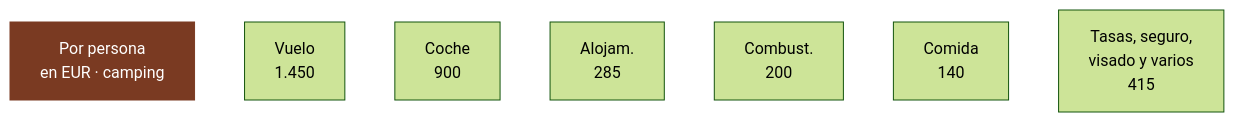
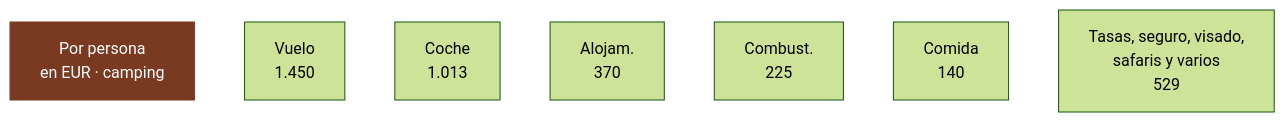
The seventh of 8 diagrams in 02-presupuesto.md (morandeirachema/namibia), drawn with Mermaid (forest theme) before and after one commit. The commit also changed other lines of this file and 22 other files, not shown here.

````diff
--- a/02-presupuesto.md
+++ b/02-presupuesto.md
@@ -534,17 +542,17 @@
 ```mermaid
 flowchart LR
     T["Por persona<br/>en EUR · camping"]
     n0["Vuelo<br/>1.450"]
-    n1["Coche<br/>900"]
-    n2["Alojam.<br/>285"]
-    n3["Combust.<br/>200"]
+    n1["Coche<br/>1.013"]
+    n2["Alojam.<br/>370"]
+    n3["Combust.<br/>225"]
     n4["Comida<br/>140"]
-    n5["Tasas, seguro,<br/>visado y varios<br/>415"]
+    n5["Tasas, seguro, visado,<br/>safaris y varios<br/>529"]
     T ~~~ n0
     n0 ~~~ n1
     n1 ~~~ n2
     n2 ~~~ n3
     n3 ~~~ n4
     n4 ~~~ n5
     style T fill:#7a3a22,color:#fff,stroke:#7a3a22
 ```
````
